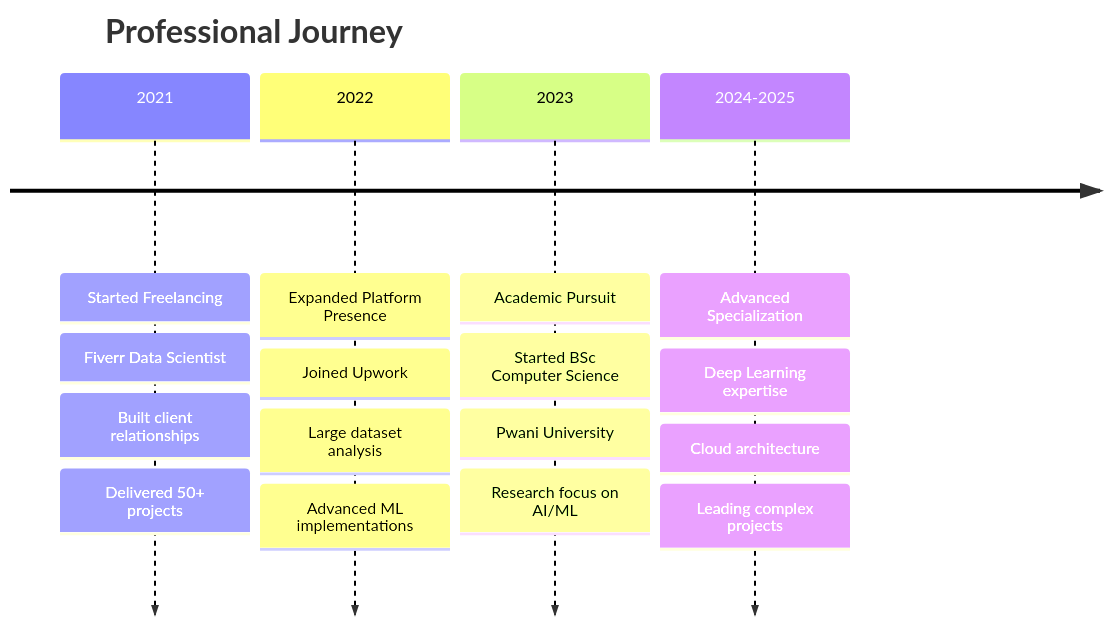
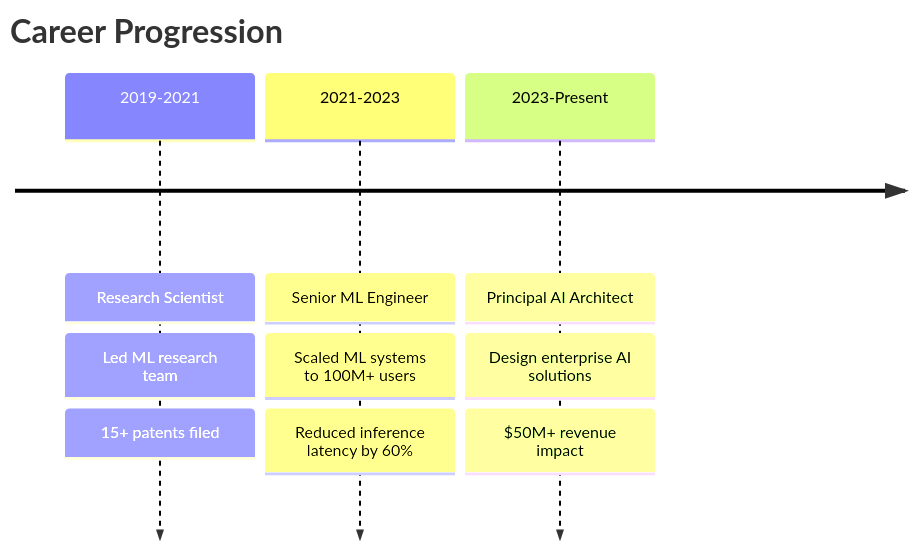
Before and after one commit to FestusMatsitsa/FestusMatsitsa: the third of 6 diagrams in README.md, drawn with Mermaid. The commit also changed other lines of this file, not shown here.

````diff
--- a/README.md
+++ b/README.md
@@ -205,24 +241,16 @@
 ```mermaid
 timeline
-    title Professional Journey
+    title Career Progression
     
-    2021 : Started Freelancing
-         : Fiverr Data Scientist
-         : Built client relationships
-         : Delivered 50+ projects
-    
-    2022 : Expanded Platform Presence  
-         : Joined Upwork
-         : Large dataset analysis
-         : Advanced ML implementations
-    
-    2023 : Academic Pursuit
-         : Started BSc Computer Science
-         : Pwani University
-         : Research focus on AI/ML
-         
-    2024-2025 : Advanced Specialization
-              : Deep Learning expertise
-              : Cloud architecture
-              : Leading complex projects
+    2019-2021 : Research Scientist
+              : Led ML research team
+              : 15+ patents filed
+              
+    2021-2023 : Senior ML Engineer
+              : Scaled ML systems to 100M+ users
+              : Reduced inference latency by 60%
+              
+    2023-Present : Principal AI Architect
+                 : Design enterprise AI solutions
+                 : $50M+ revenue impact
 ```
````
